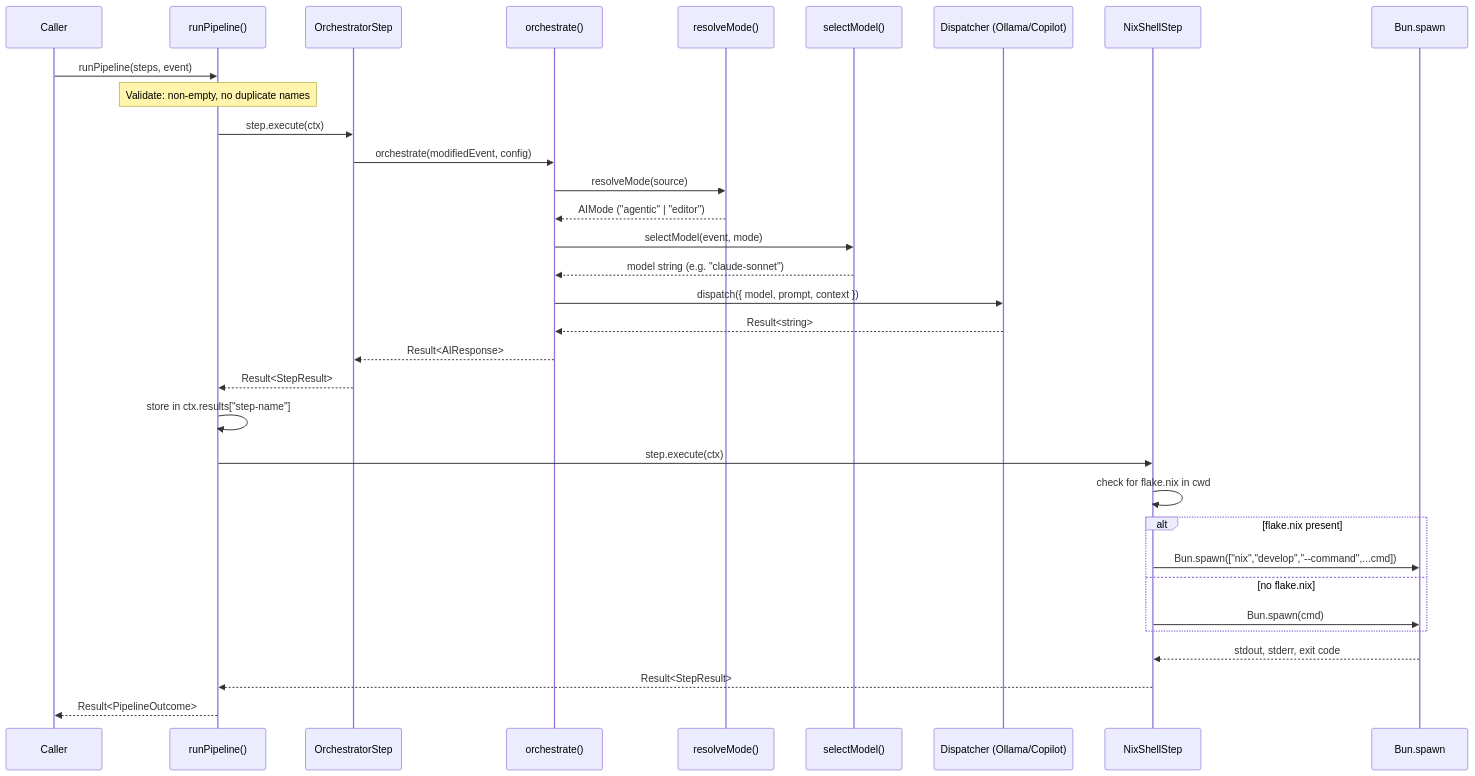
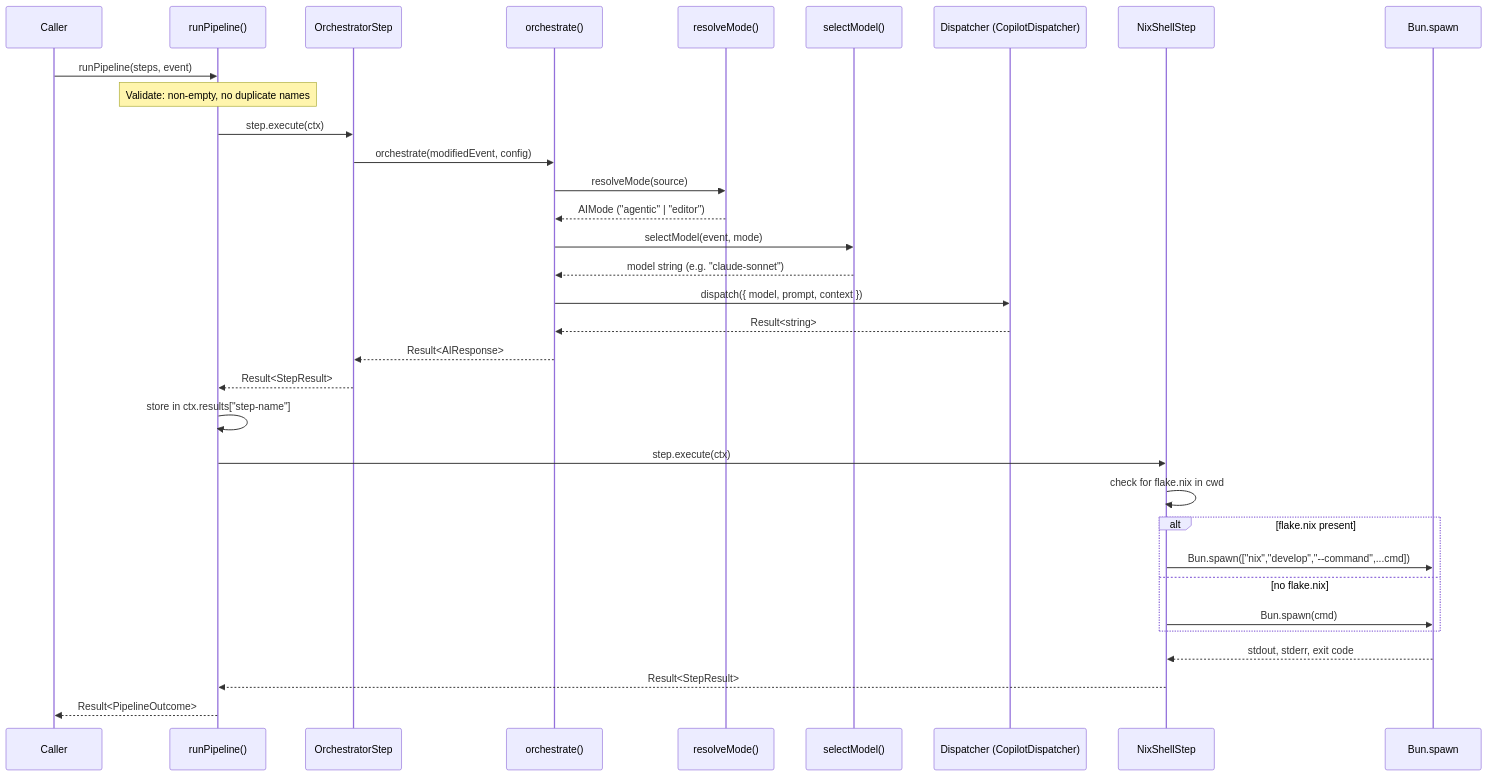
Before and after one commit to vansweej/ai-coding: the third of 3 diagrams in docs/architecture.md, drawn with Mermaid. The commit also changed other lines of this file and 25 other files, not shown here.

````diff
--- a/docs/architecture.md
+++ b/docs/architecture.md
@@ -90,41 +88,41 @@
 ```mermaid
 sequenceDiagram
     participant Caller
     participant Runner as runPipeline()
     participant OrcStep as OrchestratorStep
     participant Orch as orchestrate()
     participant Mode as resolveMode()
     participant Model as selectModel()
-    participant Disp as Dispatcher (Ollama/Copilot)
+    participant Disp as Dispatcher (CopilotDispatcher)
     participant Nix as NixShellStep
     participant Shell as Bun.spawn
 
     Caller->>Runner: runPipeline(steps, event)
 
     Note over Runner: Validate: non-empty, no duplicate names
 
     Runner->>OrcStep: step.execute(ctx)
     OrcStep->>Orch: orchestrate(modifiedEvent, config)
     Orch->>Mode: resolveMode(source)
     Mode-->>Orch: AIMode ("agentic" | "editor")
     Orch->>Model: selectModel(event, mode)
     Model-->>Orch: model string (e.g. "claude-sonnet")
     Orch->>Disp: dispatch({ model, prompt, context })
     Disp-->>Orch: Result<string>
     Orch-->>OrcStep: Result<AIResponse>
     OrcStep-->>Runner: Result<StepResult>
 
     Runner->>Runner: store in ctx.results["step-name"]
 
     Runner->>Nix: step.execute(ctx)
     Nix->>Nix: check for flake.nix in cwd
     alt flake.nix present
         Nix->>Shell: Bun.spawn(["nix","develop","--command",...cmd])
     else no flake.nix
         Nix->>Shell: Bun.spawn(cmd)
     end
     Shell-->>Nix: stdout, stderr, exit code
     Nix-->>Runner: Result<StepResult>
 
     Runner-->>Caller: Result<PipelineOutcome>
 ```
````
